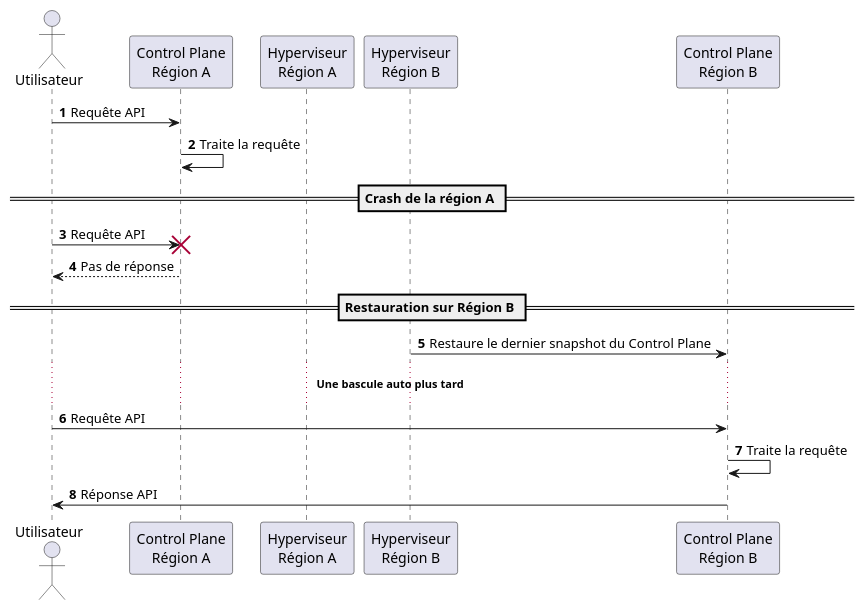
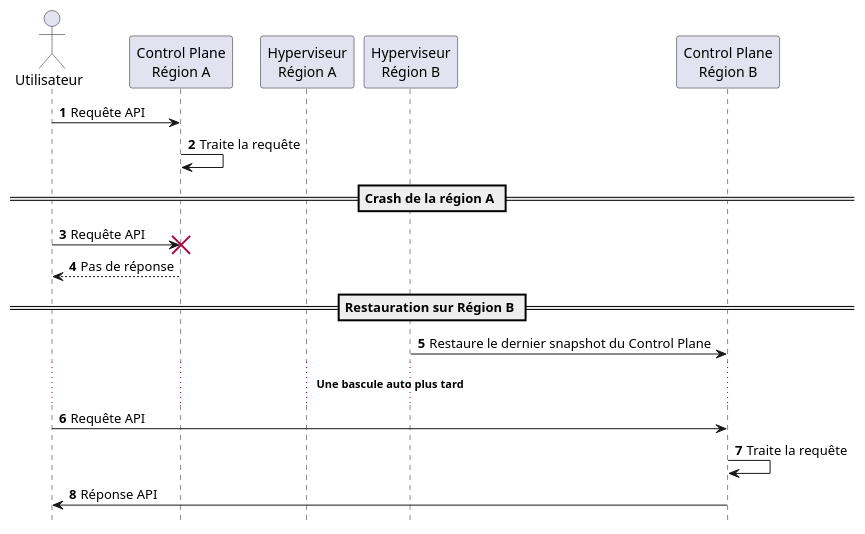
One commit to sylvainmetayer/talk-k8s-2-az changed the diagram in diagrams/030-mono-cp.puml. Above: the diagram before and after it, drawn with PlantUML. The commit also changed 9 other files, not shown here.

```diff
--- a/diagrams/030-mono-cp.puml
+++ b/diagrams/030-mono-cp.puml
@@ -1,27 +1,28 @@
 @startuml
+hide footbox
 actor Utilisateur
 autonumber
 participant "Control Plane\nRégion A" as CP_A
 participant "Hyperviseur\nRégion A" as HV_A
 participant "Hyperviseur\nRégion B" as HV_B
 participant "Control Plane\nRégion B" as CP_B
 
 Utilisateur -> CP_A : Requête API
 CP_A -> CP_A : Traite la requête
 
 
 == Crash de la région A ==
 Utilisateur -> CP_A : Requête API
 destroy CP_A
 CP_A --> Utilisateur : Pas de réponse
 
 == Restauration sur Région B ==
 HV_B -> CP_B : Restaure le dernier snapshot du Control Plane
 
 ...<b>Une bascule auto plus tard</b>...
 
 Utilisateur -> CP_B : Requête API
 CP_B -> CP_B : Traite la requête
 CP_B -> Utilisateur : Réponse API
 
 @enduml
```
